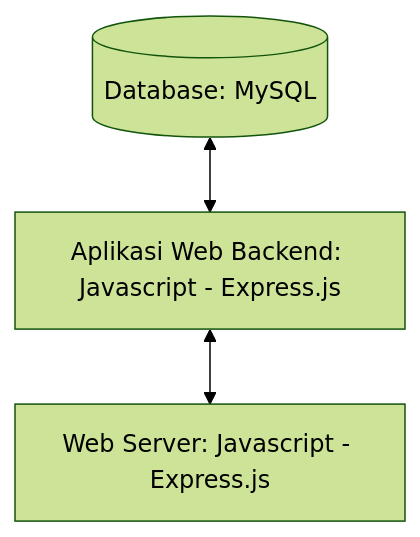
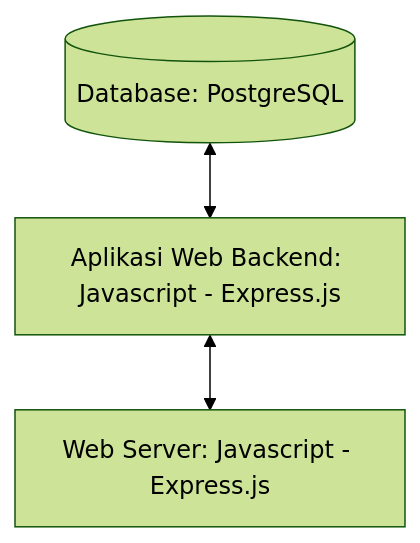
One commit to Fadhillahrizqia/Frazxx_Shop changed the second of 2 diagrams in project1.md. Above: the diagram before and after it, drawn with Mermaid (forest theme).

````diff
--- a/project1.md
+++ b/project1.md
@@ -155,4 +155,4 @@
 ```mermaid
 flowchart TD
-    id1[(Database: MySQL)] <--> id2[Aplikasi Web Backend: Javascript - Express.js ] <--> id3[Web Server: Javascript - Express.js]  
+    id1[(Database: PostgreSQL)] <--> id2[Aplikasi Web Backend: Javascript - Express.js ] <--> id3[Web Server: Javascript - Express.js]  
 ```
````
